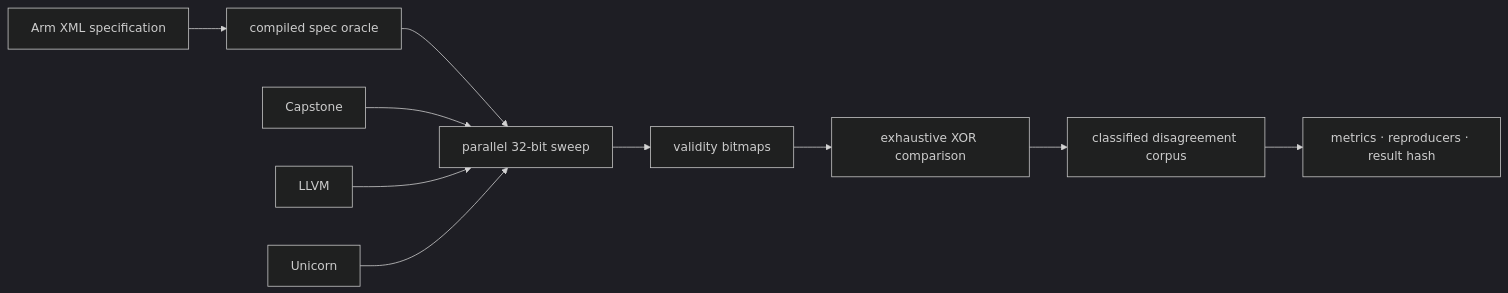
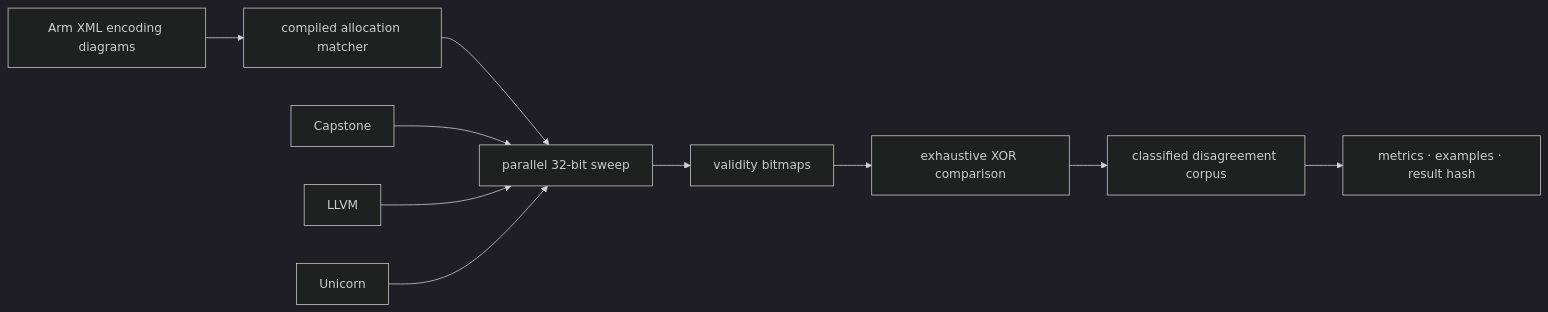
The diagram in README.md (Nathan-Luevano/silica), drawn with Mermaid (dark theme) before and after one commit. The commit also changed other lines of this file, not shown here.

````diff
--- a/README.md
+++ b/README.md
@@ -120,12 +120,12 @@
 ```mermaid
 flowchart LR
-    XML["Arm XML specification"] --> SPEC["compiled spec oracle"]
+    XML["Arm XML encoding diagrams"] --> SPEC["compiled allocation matcher"]
     SPEC --> SWEEP["parallel 32-bit sweep"]
     CAP["Capstone"] --> SWEEP
     LLVM["LLVM"] --> SWEEP
     UNI["Unicorn"] --> SWEEP
     SWEEP --> MAP["validity bitmaps"]
     MAP --> DIFF["exhaustive XOR comparison"]
     DIFF --> CORPUS["classified disagreement corpus"]
-    CORPUS --> OUT["metrics · reproducers · result hash"]
+    CORPUS --> OUT["metrics · examples · result hash"]
 ```
````
